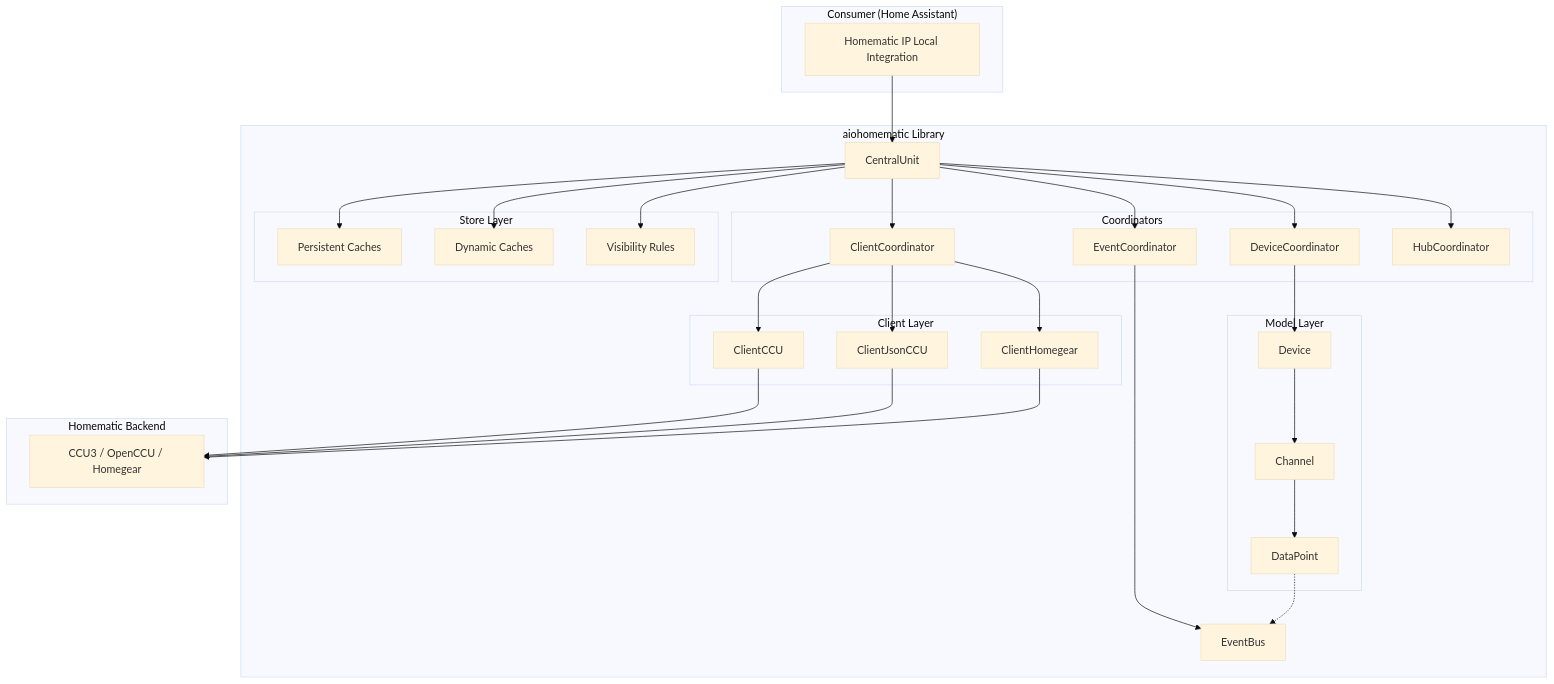
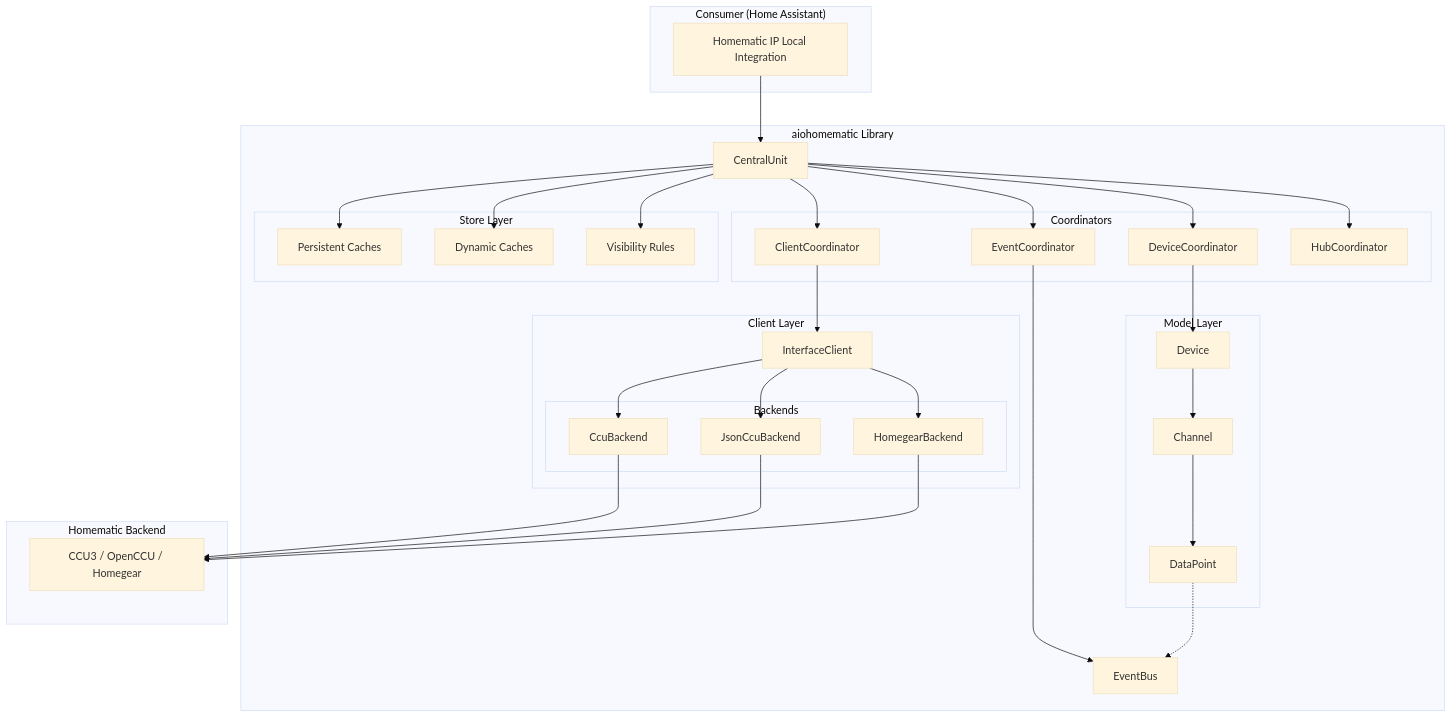
One commit to SukramJ/aiohomematic changed the diagram in docs/architecture.md. Above: the diagram before and after it, drawn with Mermaid (base theme). The commit also changed other lines of this file and 13 other files, not shown here.

````diff
--- a/docs/architecture.md
+++ b/docs/architecture.md
@@ -9,61 +9,65 @@
 ```mermaid
 graph TB
     subgraph Consumer["Consumer (Home Assistant)"]
         HA[Homematic IP Local Integration]
     end
 
     subgraph aiohomematic["aiohomematic Library"]
         CU[CentralUnit]
 
         subgraph Coordinators["Coordinators"]
             CC[ClientCoordinator]
             DC[DeviceCoordinator]
             EC[EventCoordinator]
             HC[HubCoordinator]
         end
 
         subgraph Model["Model Layer"]
             DEV[Device]
             CH[Channel]
             DP[DataPoint]
         end
 
         subgraph Client["Client Layer"]
-            CCCU[ClientCCU]
-            CJSON[ClientJsonCCU]
-            CHG[ClientHomegear]
+            IC[InterfaceClient]
+            subgraph Backends["Backends"]
+                CCUB[CcuBackend]
+                JSONB[JsonCcuBackend]
+                HGB[HomegearBackend]
+            end
         end
 
         subgraph Store["Store Layer"]
             PERS[Persistent Caches]
             DYN[Dynamic Caches]
             VIS[Visibility Rules]
         end
 
         EB[EventBus]
     end
 
     subgraph Backend["Homematic Backend"]
         CCU[CCU3 / OpenCCU / Homegear]
     end
 
     HA --> CU
     CU --> CC
     CU --> DC
     CU --> EC
     CU --> HC
-    CC --> CCCU
-    CC --> CJSON
-    CC --> CHG
+    CC --> IC
+    IC --> CCUB
+    IC --> JSONB
+    IC --> HGB
     DC --> DEV
     DEV --> CH
     CH --> DP
-    CCCU --> CCU
-    CJSON --> CCU
-    CHG --> CCU
+    CCUB --> CCU
+    JSONB --> CCU
+    HGB --> CCU
     CU --> PERS
     CU --> DYN
     CU --> VIS
     EC --> EB
     DP -.-> EB
 ```
````
